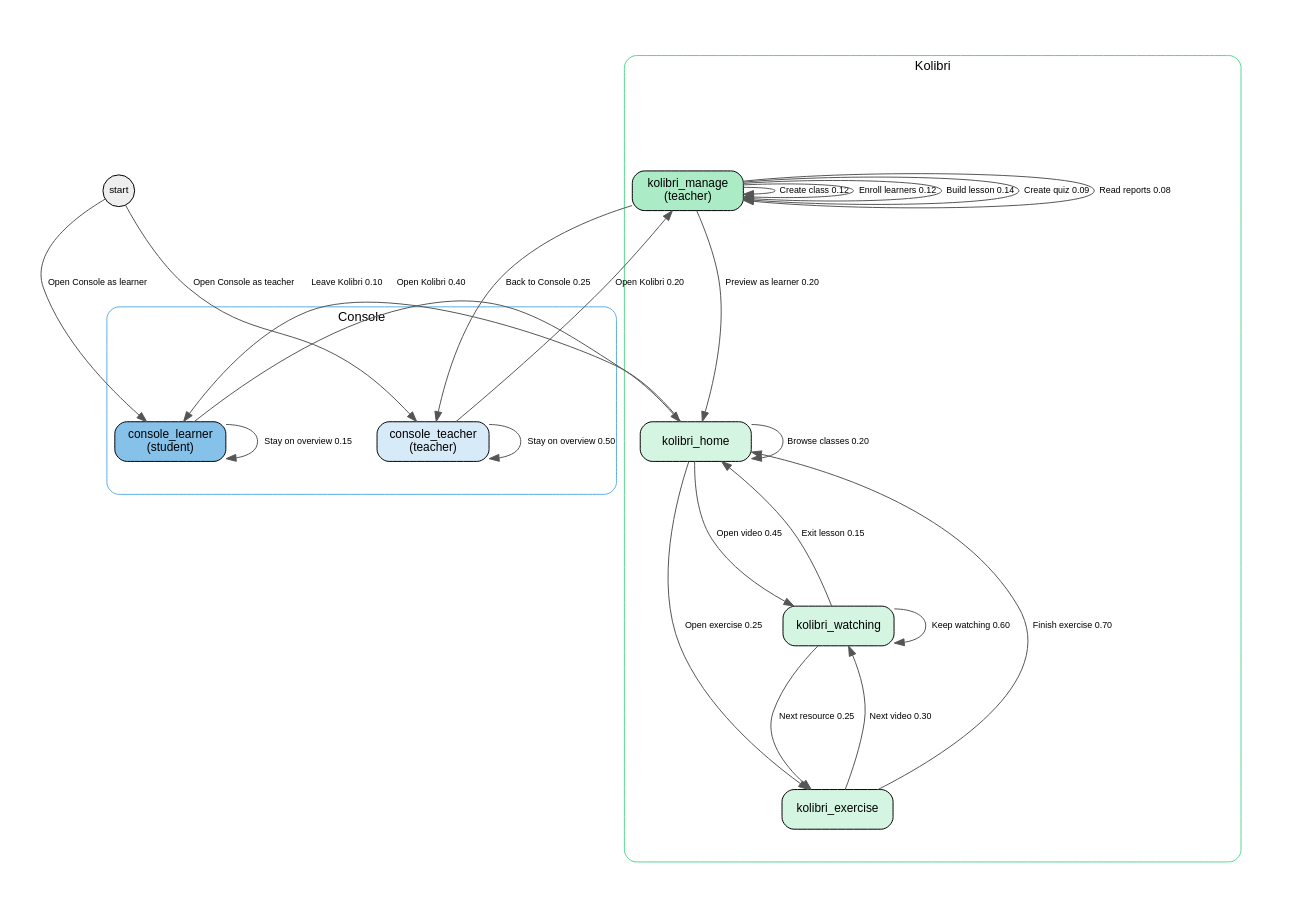
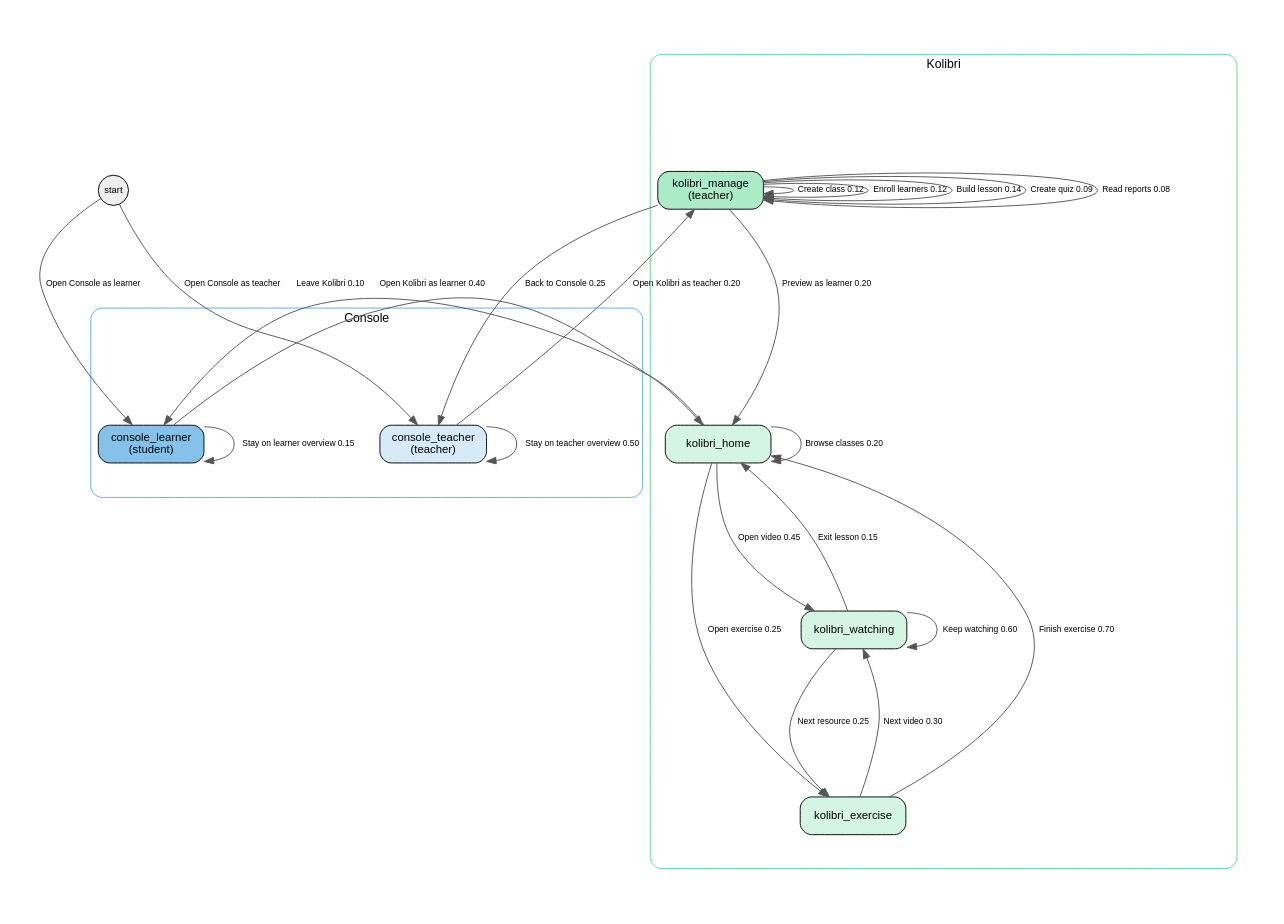
The diagram in proposals/multi-engine-markov-kolibri.dot (koenswings/agent-engine-dev), drawn with Graphviz before and after one commit. The commit also changed 15 other files, not shown here.

```diff
--- a/proposals/multi-engine-markov-kolibri.dot
+++ b/proposals/multi-engine-markov-kolibri.dot
@@ -1,66 +1,65 @@
 digraph MultiEngineMarkovKolibri {
   rankdir=TB;
   bgcolor="white";
   pad="0.4";
   nodesep="0.45";
   ranksep="0.65";
   fontname="Helvetica";
   splines=true;
   overlap=false;
   size="11,8!";
   ratio=fill;
   node [shape=box, style="rounded,filled", fontname="Helvetica", fontsize=12, width=1.55, height=0.55, margin="0.10,0.08"];
   edge [fontname="Helvetica", fontsize=9, color="#555555"];
 
   start [label="start", shape=circle, width=0.45, height=0.45, fixedsize=true, fillcolor="#eeeeee", style=filled, fontsize=10];
 
   subgraph cluster_console {
     label="Console";
     fontsize=13;
     style=rounded;
     color="#5DADE2";
     console_teacher [label="console_teacher\n(teacher)", fillcolor="#D6EAF8"];
     console_learner  [label="console_learner\n(student)", fillcolor="#85C1E9"];
   }
 
   subgraph cluster_kolibri {
     label="Kolibri";
     fontsize=13;
     style=rounded;
     color="#58D68D";
     kolibri_home     [label="kolibri_home", fillcolor="#D5F5E3"];
     kolibri_watching [label="kolibri_watching", fillcolor="#D5F5E3"];
     kolibri_exercise [label="kolibri_exercise", fillcolor="#D5F5E3"];
     kolibri_manage   [label="kolibri_manage\n(teacher)", fillcolor="#ABEBC6"];
   }
 
   start -> console_teacher [label="Open Console as teacher"];
   start -> console_learner  [label="Open Console as learner"];
 
-  console_teacher -> kolibri_manage  [label="Open Kolibri 0.20"];
-  console_teacher -> console_teacher [label="Stay on overview 0.50"];
-  // open Nextcloud/Wikipedia exist but shown on files diagram
+  console_teacher -> kolibri_manage  [label="Open Kolibri as teacher 0.20"];
+  console_teacher -> console_teacher [label="Stay on teacher overview 0.50"];
 
-  console_learner -> kolibri_home    [label="Open Kolibri 0.40"];
-  console_learner -> console_learner [label="Stay on overview 0.15"];
+  console_learner -> kolibri_home    [label="Open Kolibri as learner 0.40"];
+  console_learner -> console_learner [label="Stay on learner overview 0.15"];
 
   kolibri_manage -> kolibri_manage  [label="Create class 0.12"];
   kolibri_manage -> kolibri_manage  [label="Enroll learners 0.12"];
   kolibri_manage -> kolibri_manage  [label="Build lesson 0.14"];
   kolibri_manage -> kolibri_manage  [label="Create quiz 0.09"];
   kolibri_manage -> kolibri_manage  [label="Read reports 0.08"];
   kolibri_manage -> kolibri_home    [label="Preview as learner 0.20"];
   kolibri_manage -> console_teacher [label="Back to Console 0.25"];
 
   kolibri_home -> kolibri_watching [label="Open video 0.45"];
   kolibri_home -> kolibri_exercise [label="Open exercise 0.25"];
   kolibri_home -> kolibri_home     [label="Browse classes 0.20"];
   kolibri_home -> console_learner  [label="Leave Kolibri 0.10"];
 
   kolibri_watching -> kolibri_watching [label="Keep watching 0.60"];
   kolibri_watching -> kolibri_exercise [label="Next resource 0.25"];
   kolibri_watching -> kolibri_home     [label="Exit lesson 0.15"];
 
   kolibri_exercise -> kolibri_home     [label="Finish exercise 0.70"];
   kolibri_exercise -> kolibri_watching [label="Next video 0.30"];
 }
```
